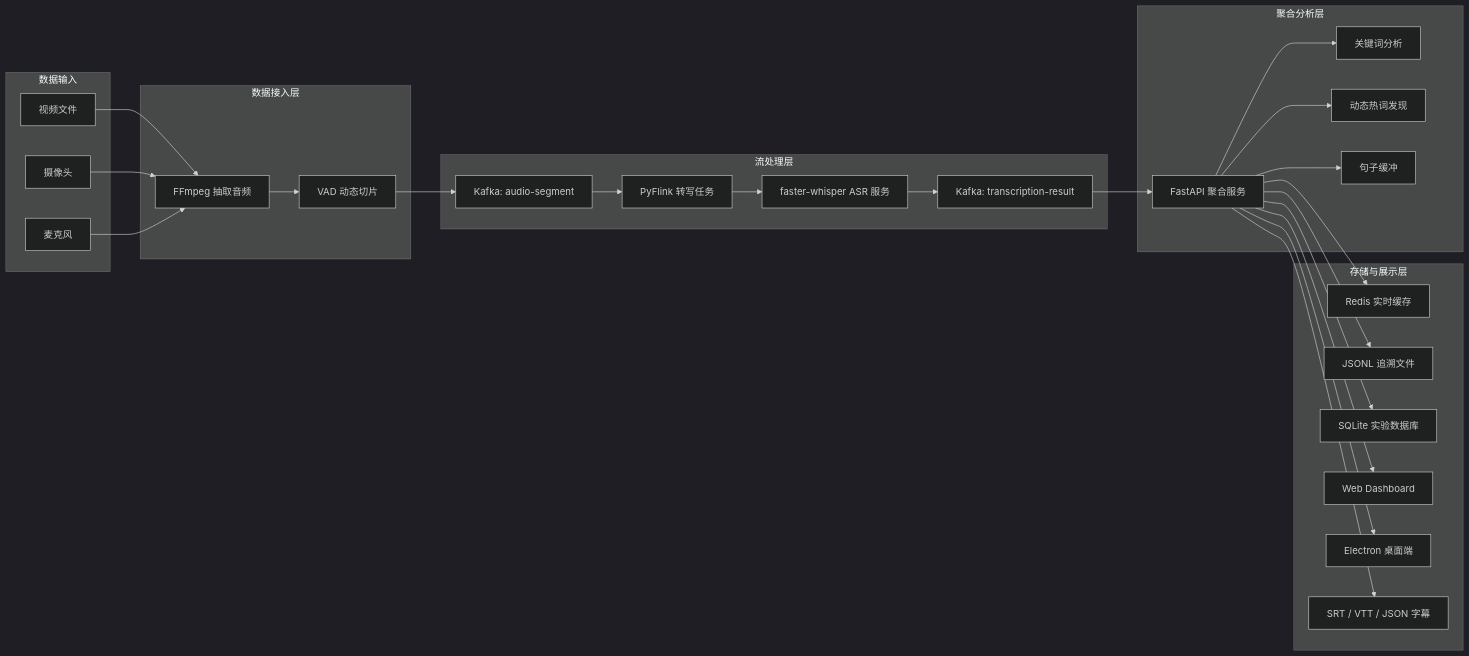
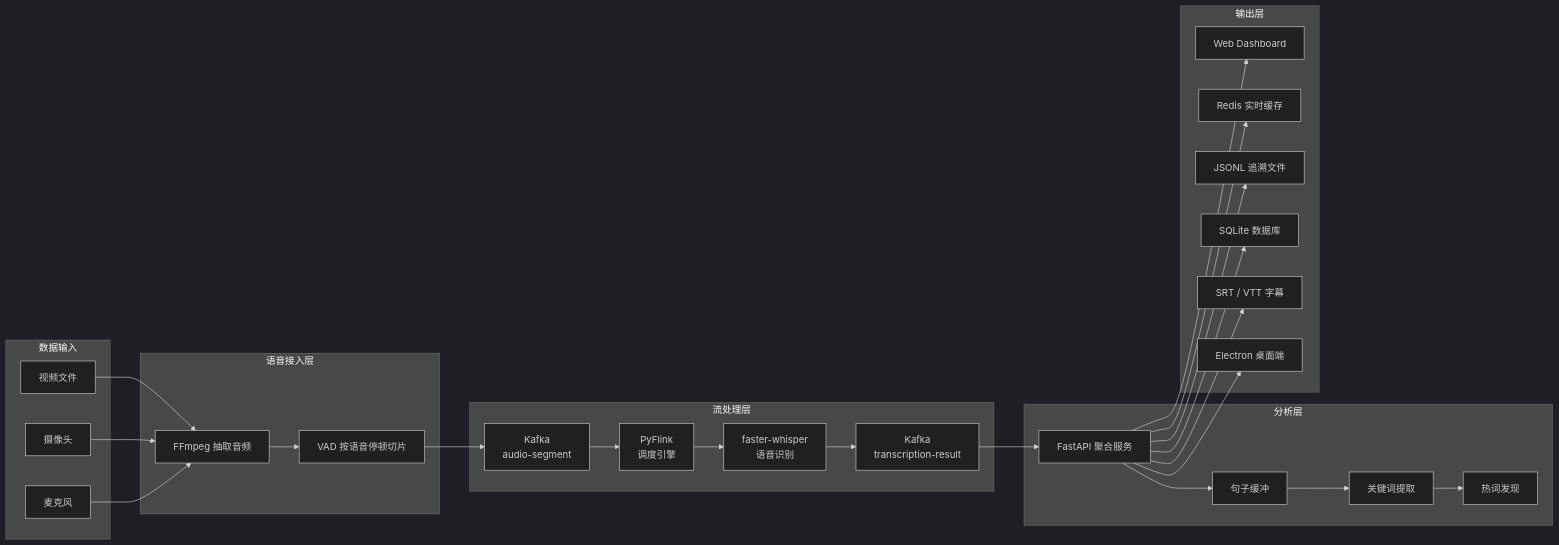
The first of 3 diagrams in README.md (NJNAN/kafka-flink-video-streaming-asr), drawn with Mermaid (dark theme) before and after one commit. The commit also changed other lines of this file, not shown here.

````diff
--- a/README.md
+++ b/README.md
@@ -60,50 +249,48 @@
 ```mermaid
 flowchart LR
     subgraph Input["数据输入"]
         Video["视频文件"]
         Camera["摄像头"]
         Mic["麦克风"]
     end
 
-    subgraph Ingest["数据接入层"]
+    subgraph Ingest["语音接入层"]
         FFmpeg["FFmpeg 抽取音频"]
-        VAD["VAD 动态切片"]
+        VAD["VAD 按语音停顿切片"]
     end
 
     subgraph Stream["流处理层"]
-        AudioTopic["Kafka: audio-segment"]
-        Flink["PyFlink 转写任务"]
-        ASR["faster-whisper ASR 服务"]
-        ResultTopic["Kafka: transcription-result"]
+        AudioTopic["Kafka<br/>audio-segment"]
+        Flink["PyFlink<br/>调度引擎"]
+        ASR["faster-whisper<br/>语音识别"]
+        ResultTopic["Kafka<br/>transcription-result"]
     end
 
-    subgraph Analysis["聚合分析层"]
+    subgraph Analysis["分析层"]
         API["FastAPI 聚合服务"]
-        Keywords["关键词分析"]
-        Hotwords["动态热词发现"]
+        Keywords["关键词提取"]
+        Hotwords["热词发现"]
         Sentence["句子缓冲"]
     end
 
-    subgraph Output["存储与展示层"]
+    subgraph Output["输出层"]
+        Dashboard["Web Dashboard"]
         Redis["Redis 实时缓存"]
         JSONL["JSONL 追溯文件"]
-        SQLite["SQLite 实验数据库"]
-        Dashboard["Web Dashboard"]
+        SQLite["SQLite 数据库"]
+        Subtitle["SRT / VTT 字幕"]
         Desktop["Electron 桌面端"]
-        Subtitle["SRT / VTT / JSON 字幕"]
     end
 
     Video --> FFmpeg
     Camera --> FFmpeg
     Mic --> FFmpeg
     FFmpeg --> VAD --> AudioTopic --> Flink --> ASR --> ResultTopic --> API
-    API --> Sentence
-    API --> Keywords
-    API --> Hotwords
+    API --> Sentence --> Keywords --> Hotwords
+    API --> Dashboard
     API --> Redis
     API --> JSONL
     API --> SQLite
-    API --> Dashboard
+    API --> Subtitle
     API --> Desktop
-    API --> Subtitle
 ```
````
